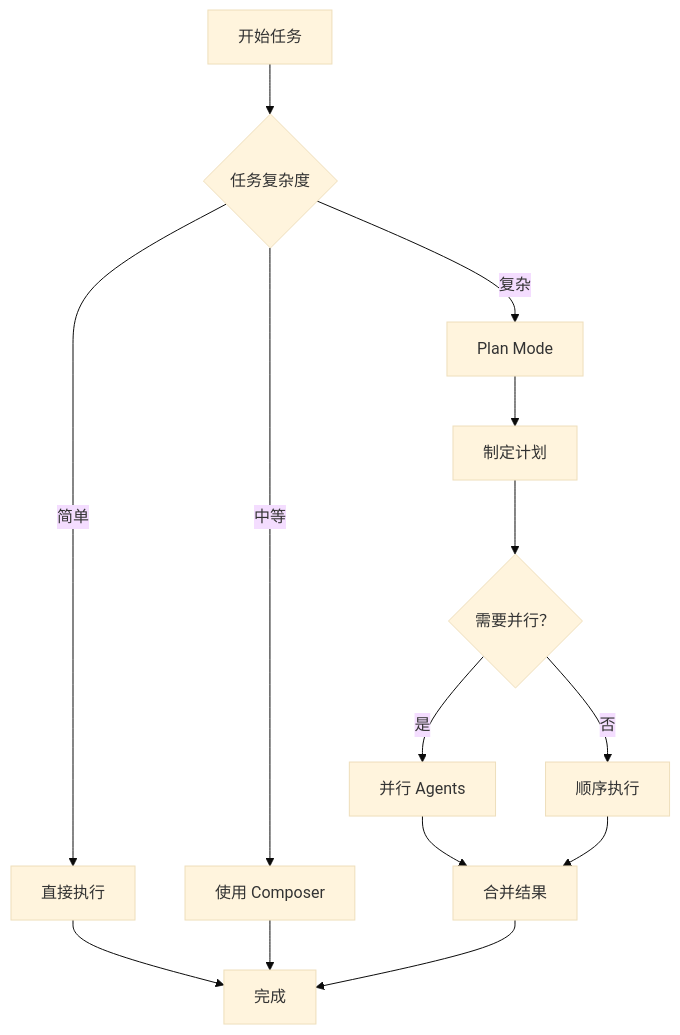
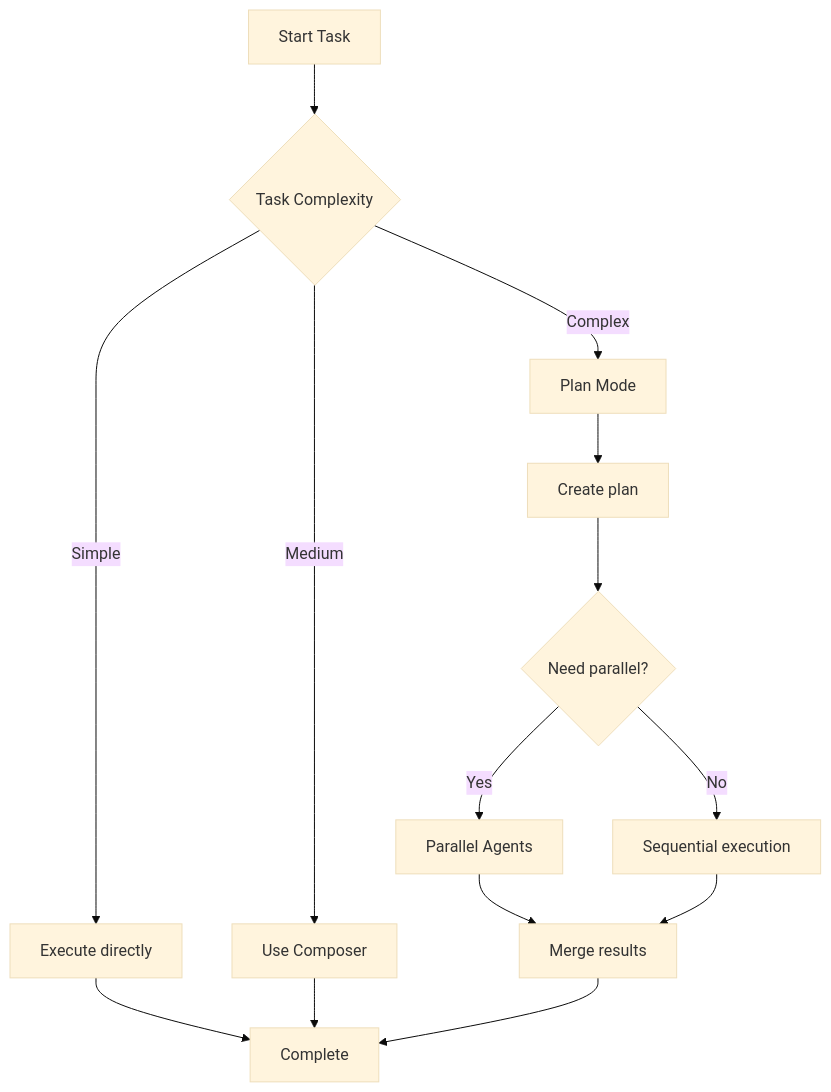
Before and after one commit to DDR187/cursor-howto: the fifth of 5 diagrams in 07-advanced-features/README.md, drawn with Mermaid (base theme). The commit also changed other lines of this file and 22 other files, not shown here.

````diff
--- a/07-advanced-features/README.md
+++ b/07-advanced-features/README.md
@@ -366,21 +366,21 @@
 ```mermaid
 flowchart TB
-    A[开始任务] --> B{任务复杂度}
+    A[Start Task] --> B{Task Complexity}
     
-    B -->|简单| C[直接执行]
-    B -->|中等| D[使用 Composer]
-    B -->|复杂| E[Plan Mode]
+    B -->|Simple| C[Execute directly]
+    B -->|Medium| D[Use Composer]
+    B -->|Complex| E[Plan Mode]
     
-    C --> F[完成]
+    C --> F[Complete]
     D --> F
     
-    E --> G[制定计划]
-    G --> H{需要并行？}
+    E --> G[Create plan]
+    G --> H{Need parallel?}
     
-    H -->|是| I[并行 Agents]
-    H -->|否| J[顺序执行]
+    H -->|Yes| I[Parallel Agents]
+    H -->|No| J[Sequential execution]
     
-    I --> K[合并结果]
+    I --> K[Merge results]
     J --> K
     K --> F
 ```
````
